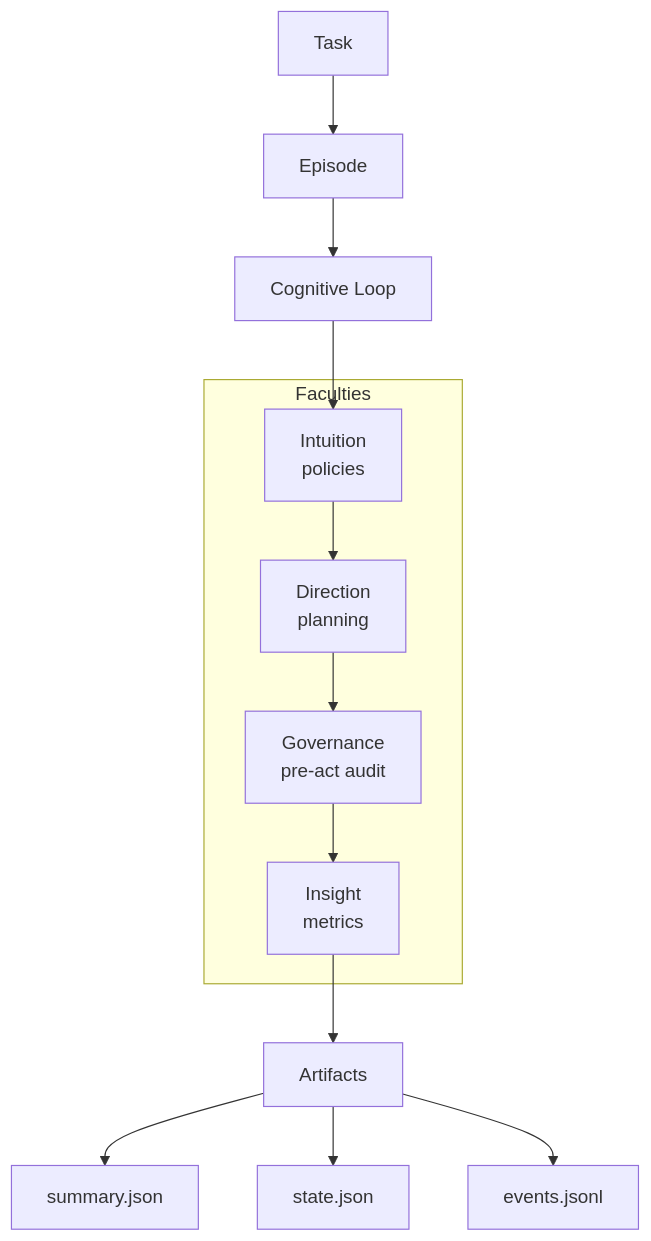
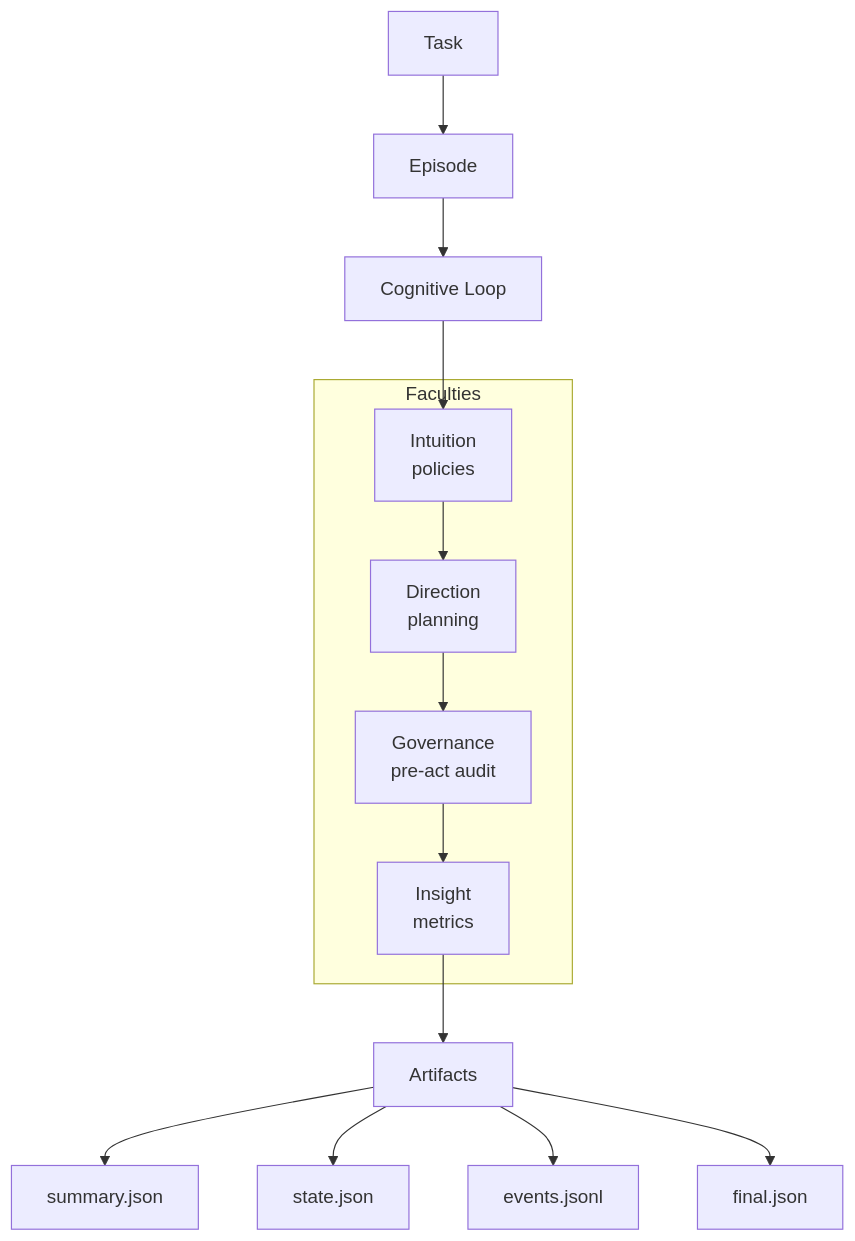
The diagram in docs/explanation/core-concepts.mdx (saraeloop/noesis), drawn with Mermaid before and after one commit. The commit also changed other lines of this file and 6 other files, not shown here.

````diff
--- a/docs/explanation/core-concepts.mdx
+++ b/docs/explanation/core-concepts.mdx
@@ -326,22 +330,23 @@
 ```mermaid
 flowchart TD
     T[Task] --> E[Episode]
     E --> L[Cognitive Loop]
     
     subgraph Faculties
         I[Intuition<br/>policies]
         D[Direction<br/>planning]
         G[Governance<br/>pre-act audit]
         S[Insight<br/>metrics]
     end
     
     L --> I
     I --> D
     D --> G
     G --> S
     
     S --> A[Artifacts]
     A --> SUM[summary.json]
     A --> ST[state.json]
     A --> EV[events.jsonl]
+    A --> FIN[final.json]
 ```
````
